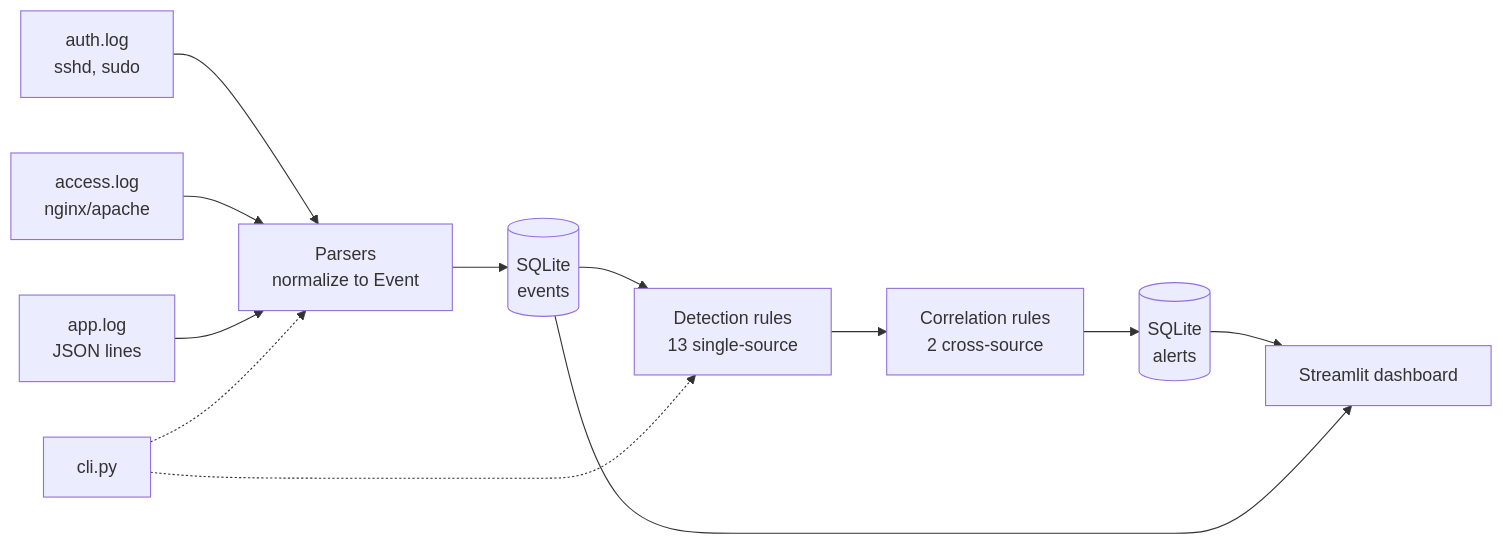
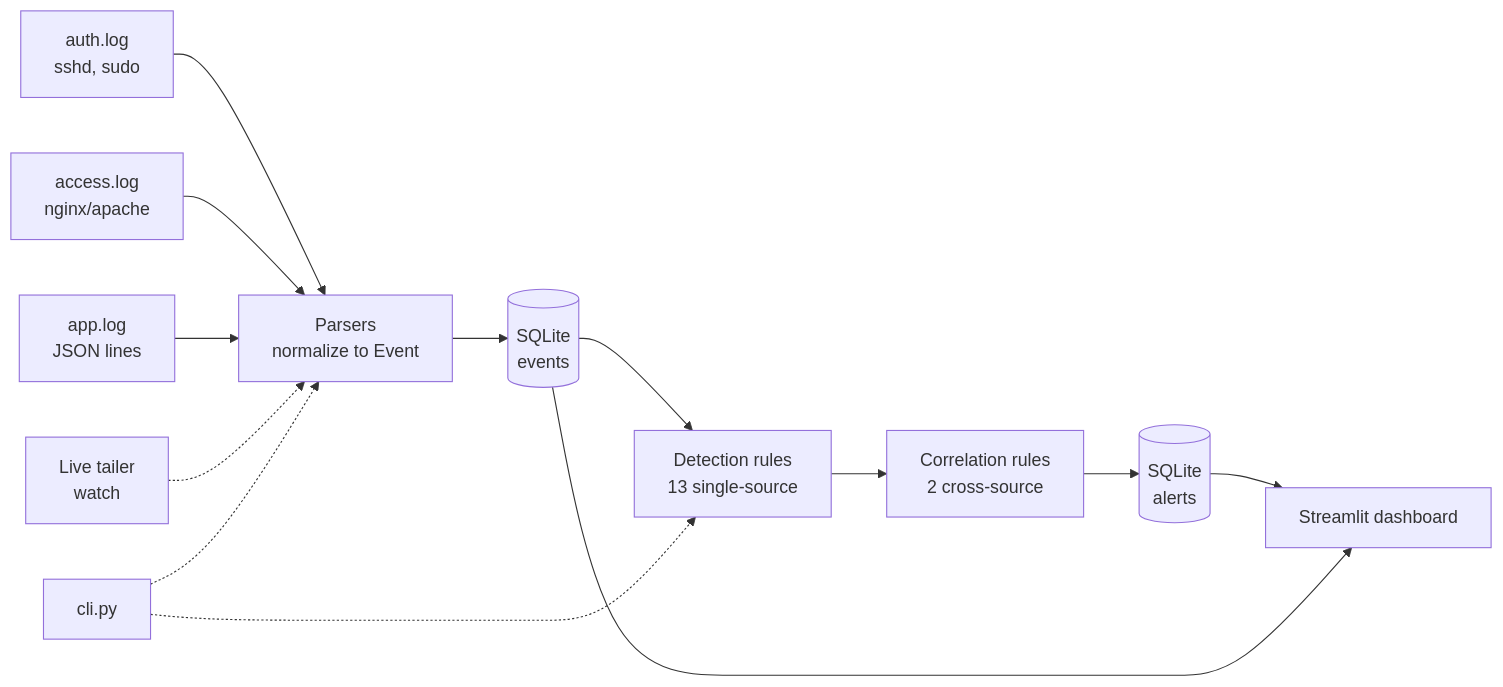
The diagram in README.md (YADAVSWETA27/mini-siem), drawn with Mermaid before and after one commit. The commit also changed other lines of this file, not shown here.

Commit message:
Document live monitoring in README

````diff
--- a/README.md
+++ b/README.md
@@ -20,14 +24,15 @@
 ```mermaid
 flowchart LR
     A[auth.log<br/>sshd, sudo] --> P
     B[access.log<br/>nginx/apache] --> P
     C[app.log<br/>JSON lines] --> P
     P[Parsers<br/>normalize to Event] --> S[(SQLite<br/>events)]
     S --> R[Detection rules<br/>13 single-source]
     R --> K[Correlation rules<br/>2 cross-source]
     K --> AL[(SQLite<br/>alerts)]
     AL --> D[Streamlit dashboard]
     S --> D
+    T[Live tailer<br/>watch] -.-> P
     CLI[cli.py] -.-> P
     CLI -.-> R
 ```
````
